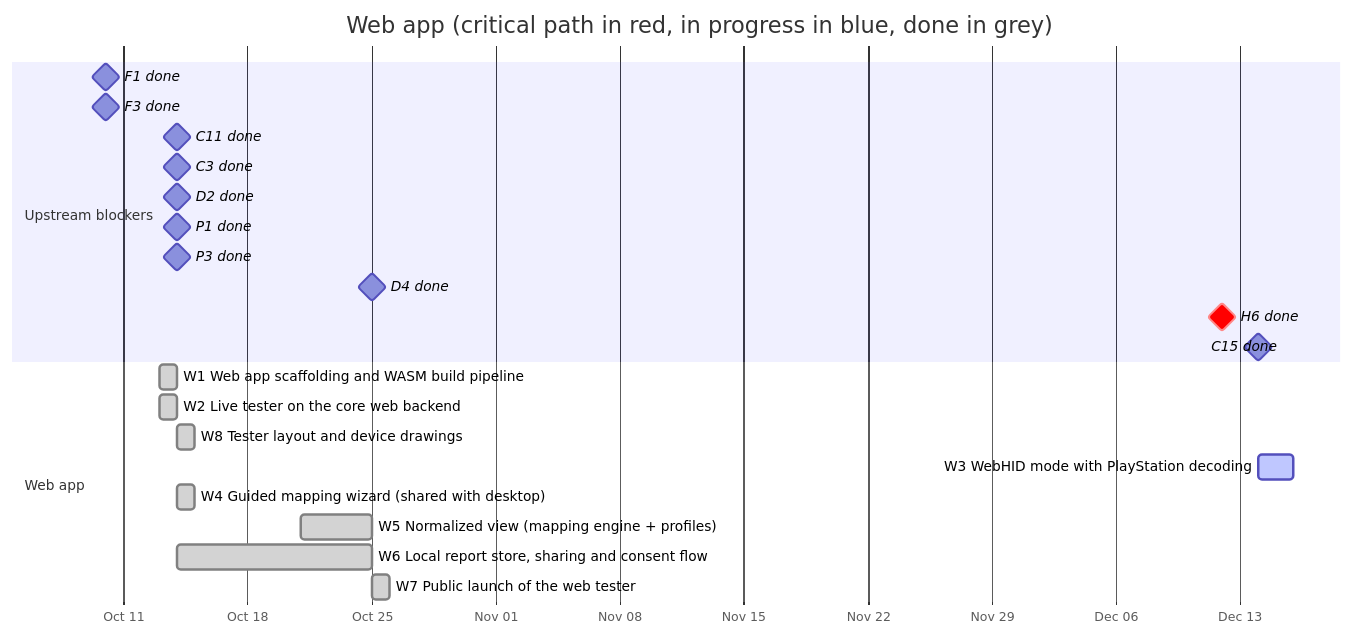
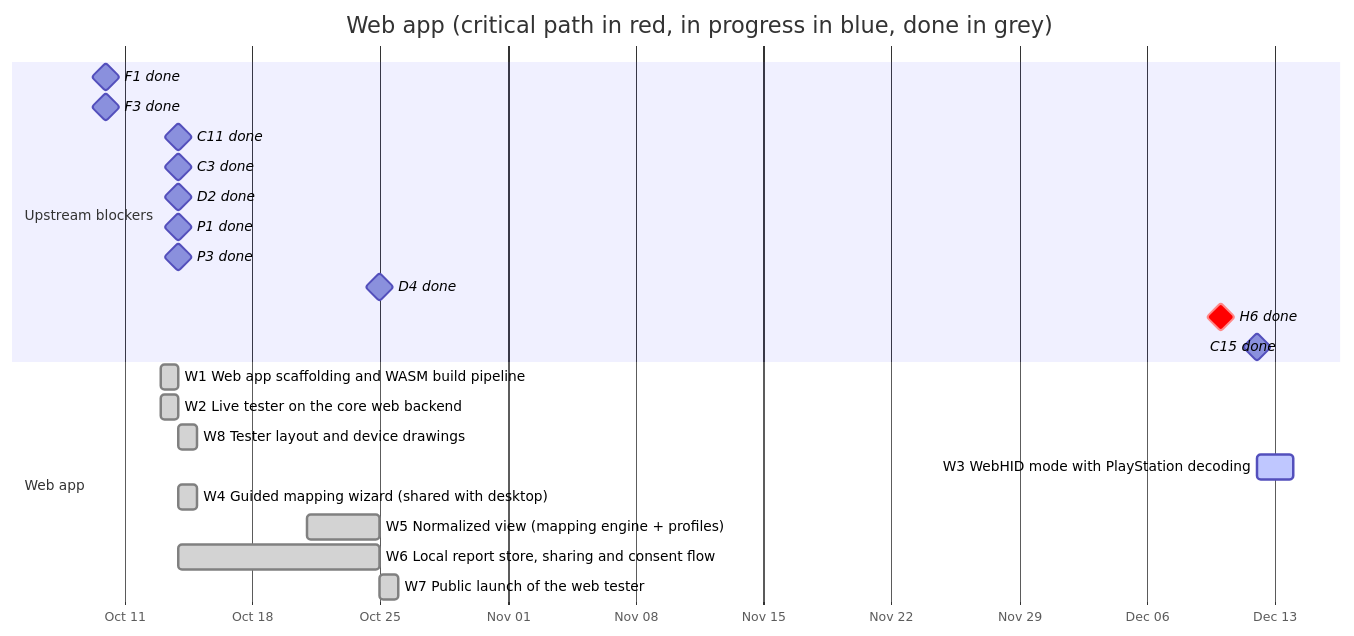
The diagram in ROADMAP/2026-10-31/04-web-app.md (anygamepad/anygamepad.github.io), drawn with Mermaid before and after one commit. The commit also changed other lines of this file and 41 other files, not shown here.

````diff
--- a/ROADMAP/2026-10-31/04-web-app.md
+++ b/ROADMAP/2026-10-31/04-web-app.md
@@ -24,26 +24,26 @@
 ```mermaid
 gantt
     dateFormat YYYY-MM-DD
     axisFormat %b %d
     title Web app (critical path in red, in progress in blue, done in grey)
     section Upstream blockers
     F1 done :milestone, f1, 2026-10-10, 0d
     F3 done :milestone, f3, 2026-10-10, 0d
     C11 done :milestone, c11, 2026-10-14, 0d
     C3 done :milestone, c3, 2026-10-14, 0d
     D2 done :milestone, d2, 2026-10-14, 0d
     P1 done :milestone, p1, 2026-10-14, 0d
     P3 done :milestone, p3, 2026-10-14, 0d
     D4 done :milestone, d4, 2026-10-25, 0d
-    H6 done :milestone, crit, h6, 2026-12-12, 0d
-    C15 done :milestone, c15, 2026-12-14, 0d
+    H6 done :milestone, crit, h6, 2026-12-10, 0d
+    C15 done :milestone, c15, 2026-12-12, 0d
     section Web app
     W1 Web app scaffolding and WASM build pipeline :done, w1, 2026-10-13, 1d
     W2 Live tester on the core web backend :done, w2, 2026-10-13, 1d
     W8 Tester layout and device drawings :done, w8, 2026-10-14, 1d
     W3 WebHID mode with PlayStation decoding :active, w3, after w2 c15 w8 h6, 2d
     W4 Guided mapping wizard (shared with desktop) :done, w4, 2026-10-14, 1d
     W5 Normalized view (mapping engine + profiles) :done, w5, 2026-10-21, 4d
     W6 Local report store, sharing and consent flow :done, w6, 2026-10-14, 11d
     W7 Public launch of the web tester :done, w7, 2026-10-25, 1d
 ```
````
